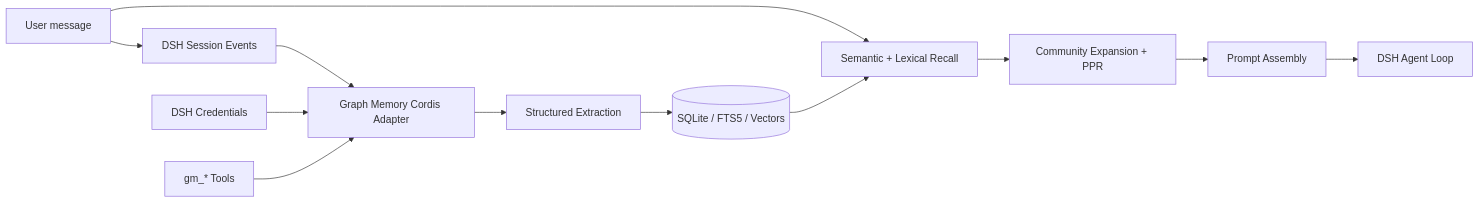
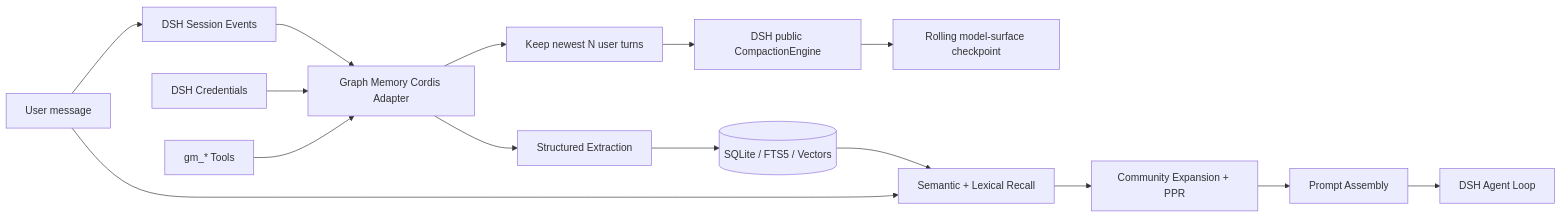
One commit to TriDefender/graph-memory changed the second of 3 diagrams in README.md. Above: the diagram before and after it, drawn with Mermaid. The commit also changed other lines of this file and 14 other files, not shown here.

Commit message:
fix(dsh): make Graph Memory own rolling context

````diff
--- a/README.md
+++ b/README.md
@@ -142,16 +146,19 @@
 ```mermaid
 flowchart LR
   USER[User message] --> SESSION[DSH Session Events]
   SESSION --> ADAPTER[Graph Memory Cordis Adapter]
+  ADAPTER --> POLICY[Keep newest N user turns]
+  POLICY --> COMPACT[DSH public CompactionEngine]
+  COMPACT --> CHECKPOINT[Rolling model-surface checkpoint]
   ADAPTER --> EXTRACT[Structured Extraction]
   EXTRACT --> GRAPH[(SQLite / FTS5 / Vectors)]
 
   USER --> RECALL[Semantic + Lexical Recall]
   GRAPH --> RECALL
   RECALL --> RANK[Community Expansion + PPR]
   RANK --> PROMPT[Prompt Assembly]
   PROMPT --> LOOP[DSH Agent Loop]
 
   CREDS[DSH Credentials] --> ADAPTER
   TOOLS[gm_* Tools] --> ADAPTER
 ```
````
